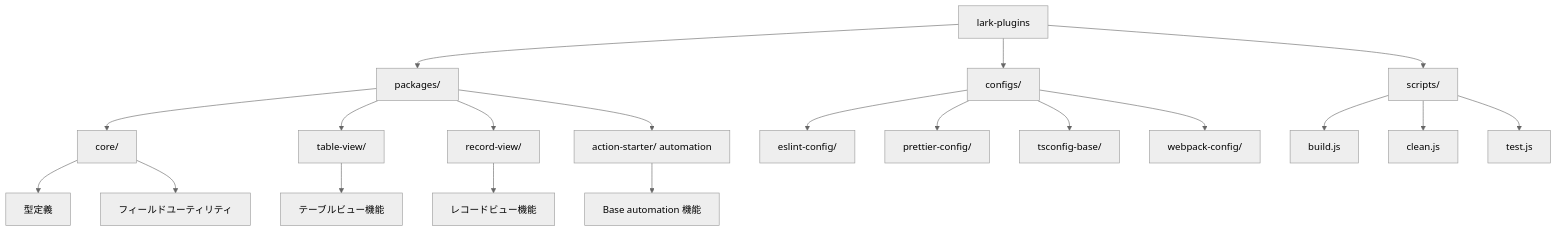
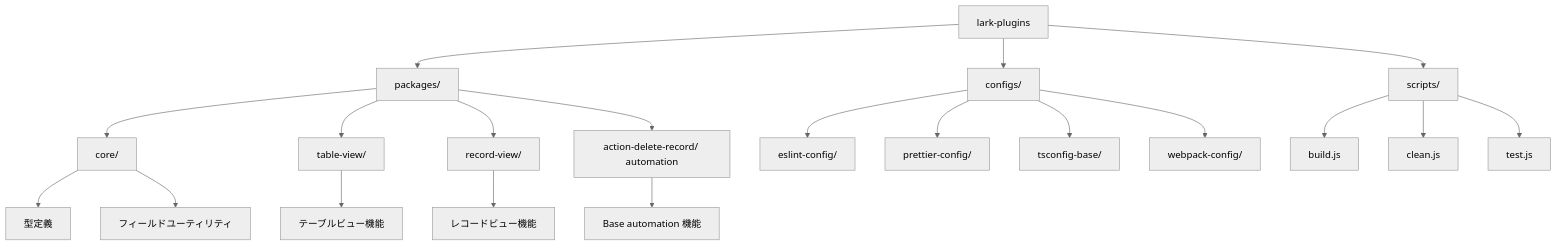
The diagram in README.md (shoma-endo/lark-plugins), drawn with Mermaid (neutral theme) before and after one commit. The commit also changed other lines of this file and 9 other files, not shown here.

Commit message:
refactor: rename action-starter to action-delete-record and update documentation accordingly

````diff
--- a/README.md
+++ b/README.md
@@ -24,27 +24,27 @@
 ```mermaid
 graph TD
     A[lark-plugins] --> B[packages/]
     A --> C[configs/]
     A --> D[scripts/]
     
     B --> E[core/]
     B --> F[table-view/]
     B --> G[record-view/]
-    B --> H[action-starter/ automation]
+    B --> H[action-delete-record/ automation]
     
     C --> K[eslint-config/]
     C --> L[prettier-config/]
     C --> M[tsconfig-base/]
     C --> N[webpack-config/]
     
     D --> O[build.js]
     D --> P[clean.js]
     D --> Q[test.js]
     
     E --> R[型定義]
     E --> S[フィールドユーティリティ]
     
     F --> T[テーブルビュー機能]
     G --> U[レコードビュー機能]
     H --> V[Base automation 機能]
 ```
````
